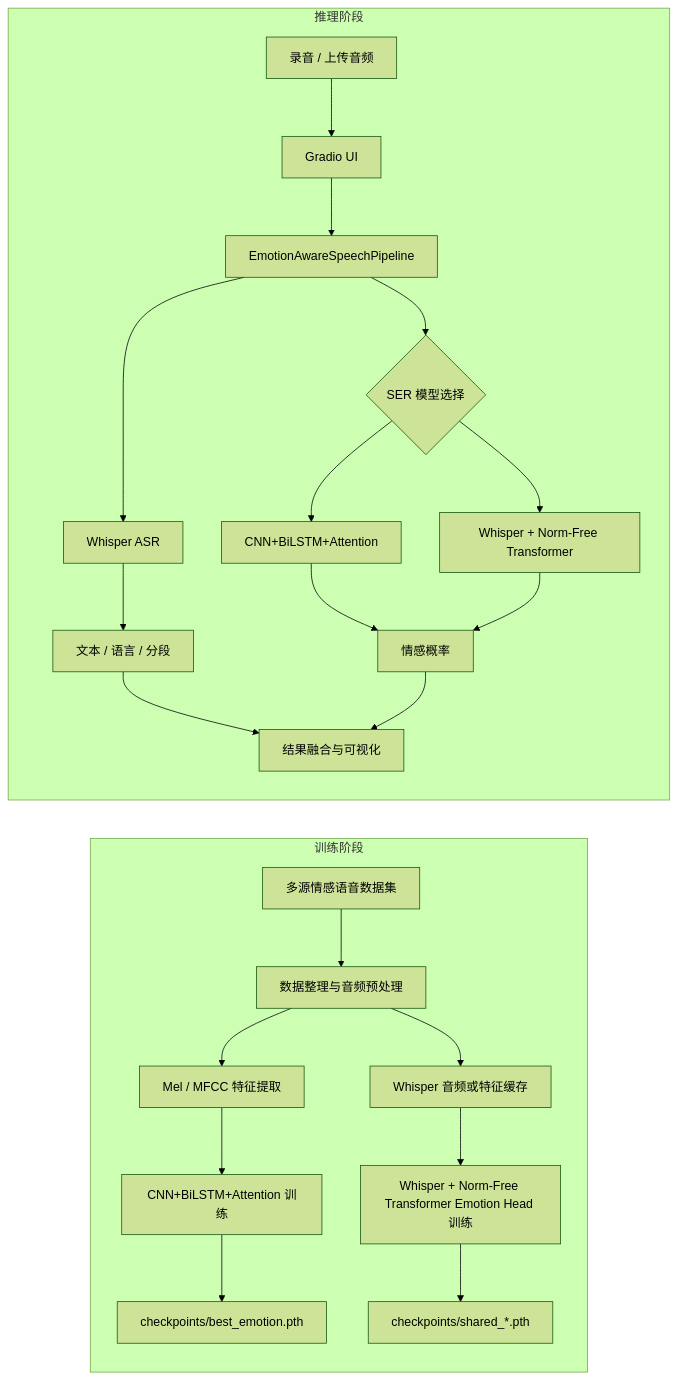
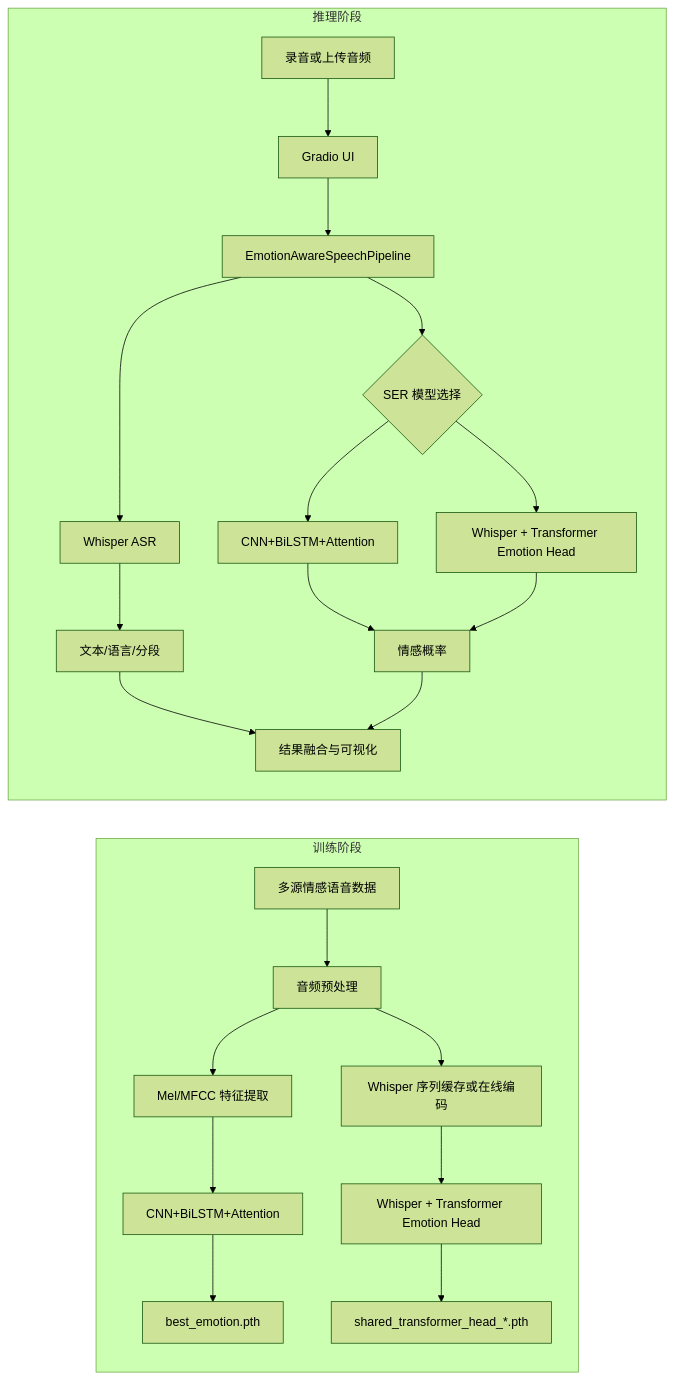
One commit to quan35/Emotion-perception-driven-speech-recognition-system changed the first of 2 diagrams in README.md. Above: the diagram before and after it, drawn with Mermaid (forest theme). The commit also changed other lines of this file and 46 other files, not shown here.

````diff
--- a/README.md
+++ b/README.md
@@ -241,26 +148,26 @@
 ```mermaid
 flowchart LR
     subgraph Training[训练阶段]
-        A[多源情感语音数据集] --> B[数据整理与音频预处理]
-        B --> C[Mel / MFCC 特征提取]
-        B --> D[Whisper 音频或特征缓存]
-        C --> E[CNN+BiLSTM+Attention 训练]
-        D --> F[Whisper + Norm-Free Transformer Emotion Head 训练]
-        E --> G[checkpoints/best_emotion.pth]
-        F --> H[checkpoints/shared_*.pth]
+        A[多源情感语音数据] --> B[音频预处理]
+        B --> C[Mel/MFCC 特征提取]
+        B --> D[Whisper 序列缓存或在线编码]
+        C --> E[CNN+BiLSTM+Attention]
+        D --> F[Whisper + Transformer Emotion Head]
+        E --> G[best_emotion.pth]
+        F --> H[shared_transformer_head_*.pth]
     end
 
     subgraph Inference[推理阶段]
-        I[录音 / 上传音频] --> J[Gradio UI]
+        I[录音或上传音频] --> J[Gradio UI]
         J --> K[EmotionAwareSpeechPipeline]
         K --> L[Whisper ASR]
         K --> M{SER 模型选择}
         M --> N[CNN+BiLSTM+Attention]
-        M --> O[Whisper + Norm-Free Transformer]
-        L --> P[文本 / 语言 / 分段]
+        M --> O[Whisper + Transformer Emotion Head]
+        L --> P[文本/语言/分段]
         N --> Q[情感概率]
         O --> Q
         P --> R[结果融合与可视化]
         Q --> R
     end
 ```
````
